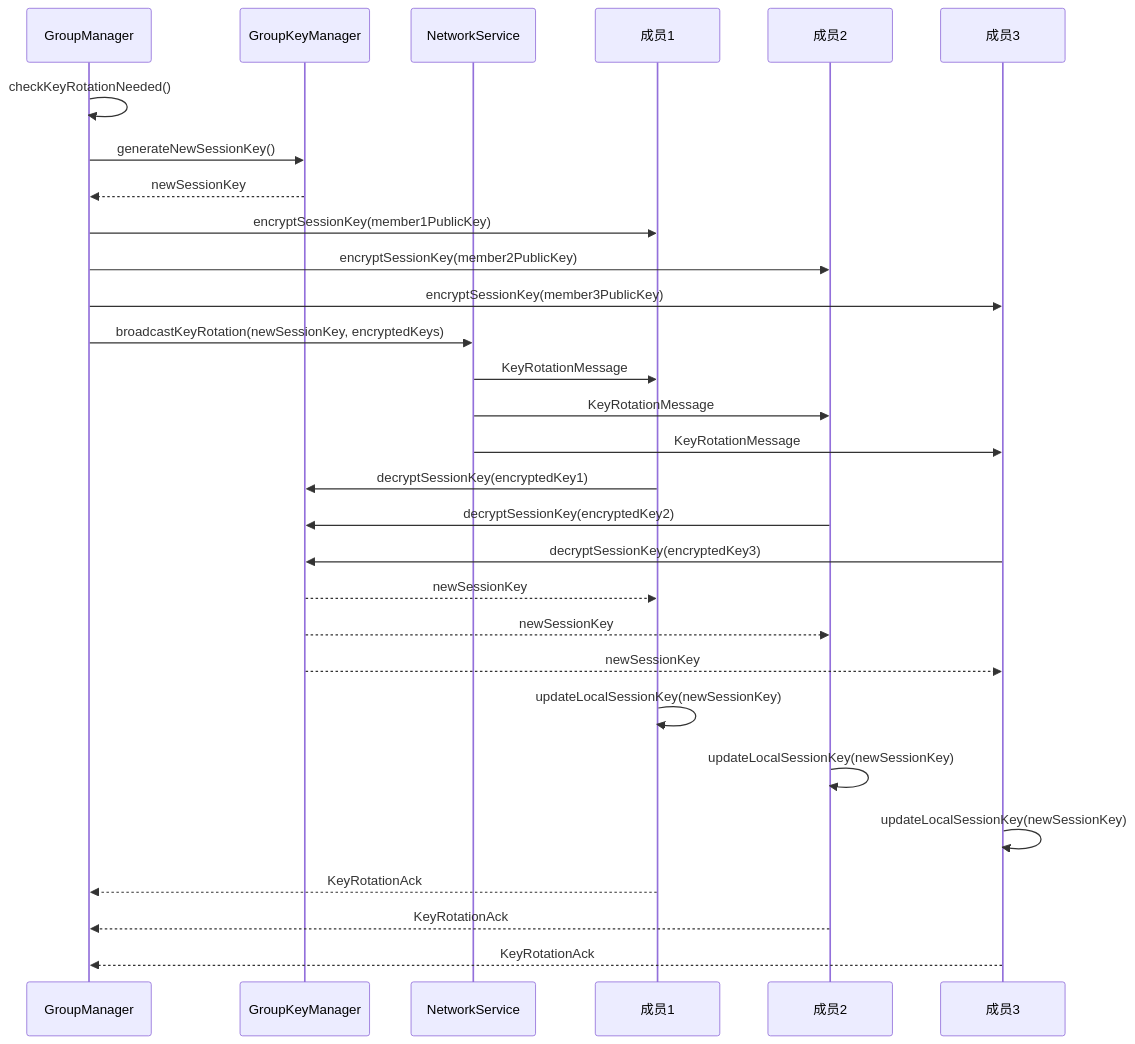
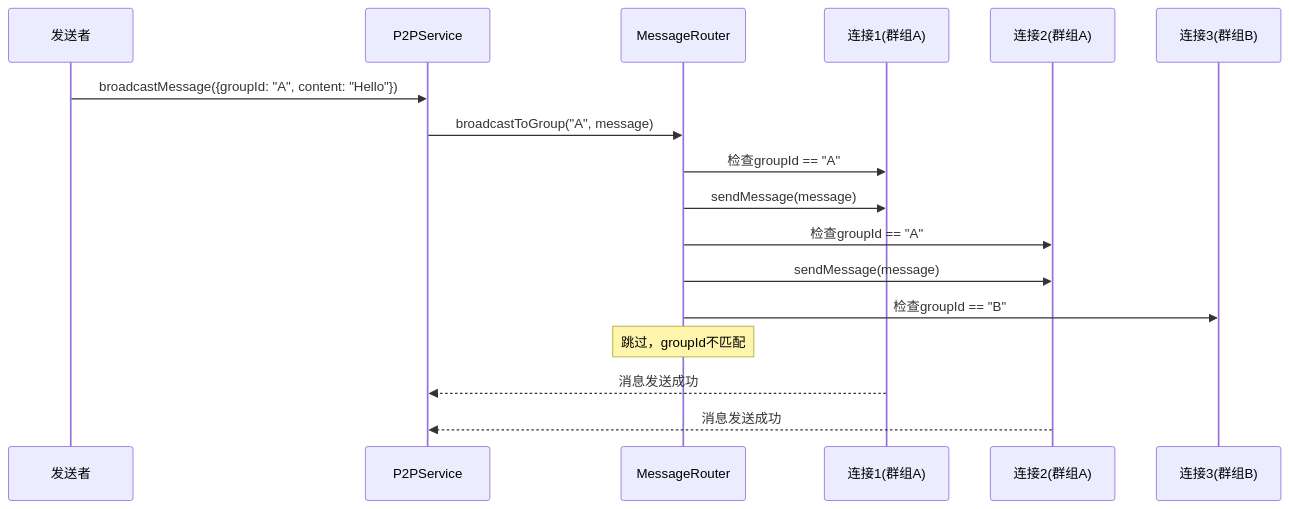
Before and after one commit to JOHNKING123/MyTestApp: the fourth of 4 diagrams in 模块设计文档/01-群组管理模块详细设计.md, drawn with Mermaid. The commit also changed other lines of this file and 9 other files, not shown here.

````diff
--- a/模块设计文档/01-群组管理模块详细设计.md
+++ b/模块设计文档/01-群组管理模块详细设计.md
@@ -310,38 +397,24 @@
 ```mermaid
 sequenceDiagram
-    participant GM as GroupManager
-    participant GK as GroupKeyManager
-    participant NS as NetworkService
-    participant M1 as 成员1
-    participant M2 as 成员2
-    participant M3 as 成员3
+    participant S as 发送者
+    participant PS as P2PService
+    participant MR as MessageRouter
+    participant C1 as 连接1(群组A)
+    participant C2 as 连接2(群组A)
+    participant C3 as 连接3(群组B)
     
-    GM->>GM: checkKeyRotationNeeded()
-    GM->>GK: generateNewSessionKey()
-    GK-->>GM: newSessionKey
+    S->>PS: broadcastMessage({groupId: "A", content: "Hello"})
+    PS->>MR: broadcastToGroup("A", message)
     
-    GM->>M1: encryptSessionKey(member1PublicKey)
-    GM->>M2: encryptSessionKey(member2PublicKey)
-    GM->>M3: encryptSessionKey(member3PublicKey)
+    MR->>C1: 检查groupId == "A"
+    MR->>C1: sendMessage(message)
     
-    GM->>NS: broadcastKeyRotation(newSessionKey, encryptedKeys)
-    NS->>M1: KeyRotationMessage
-    NS->>M2: KeyRotationMessage
-    NS->>M3: KeyRotationMessage
+    MR->>C2: 检查groupId == "A"
+    MR->>C2: sendMessage(message)
     
-    M1->>GK: decryptSessionKey(encryptedKey1)
-    M2->>GK: decryptSessionKey(encryptedKey2)
-    M3->>GK: decryptSessionKey(encryptedKey3)
+    MR->>C3: 检查groupId == "B"
+    Note over MR: 跳过，groupId不匹配
     
-    GK-->>M1: newSessionKey
-    GK-->>M2: newSessionKey
-    GK-->>M3: newSessionKey
-    
-    M1->>M1: updateLocalSessionKey(newSessionKey)
-    M2->>M2: updateLocalSessionKey(newSessionKey)
-    M3->>M3: updateLocalSessionKey(newSessionKey)
-    
-    M1-->>GM: KeyRotationAck
-    M2-->>GM: KeyRotationAck
-    M3-->>GM: KeyRotationAck
+    C1-->>PS: 消息发送成功
+    C2-->>PS: 消息发送成功
 ```
````
